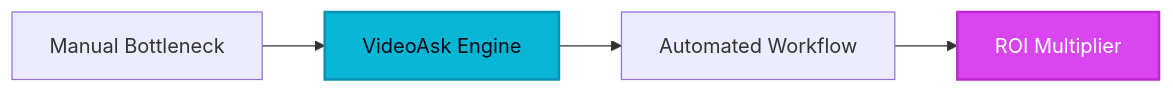
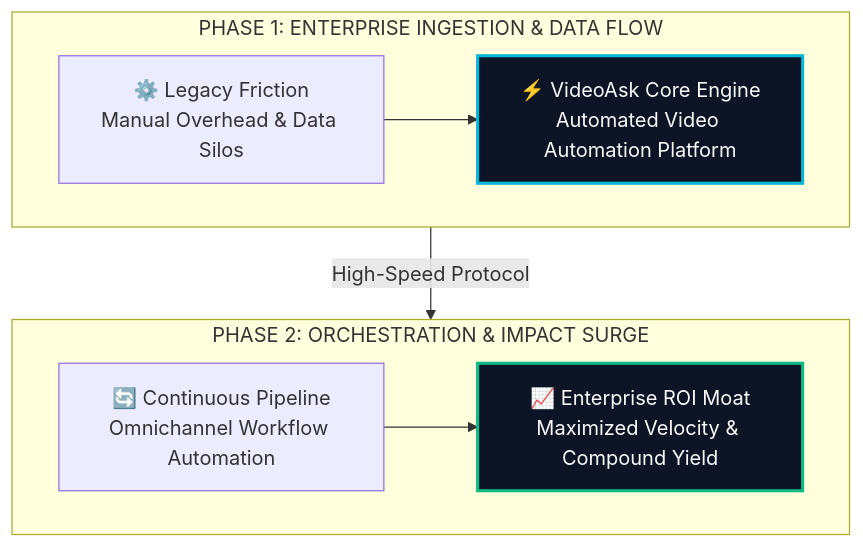
One commit to heliatech-media/saas-radar changed the diagram in site/src/content/blog/videoask-evolution-guide-2026.md. Above: the diagram before and after it, drawn with Mermaid. The commit also changed 97 other files, not shown here.

First line of the commit message:
feat(diagrams): upgrade all article architecture schemas to high-impact 2-tier responsive vector blueprints

````diff
--- a/site/src/content/blog/videoask-evolution-guide-2026.md
+++ b/site/src/content/blog/videoask-evolution-guide-2026.md
@@ -49,8 +49,14 @@
 ```mermaid
-flowchart LR
-    A[Manual Bottleneck] --> B[VideoAsk Engine]
-    B --> C[Automated Workflow]
-    C --> D[ROI Multiplier]
-    style B fill:#06b6d4,stroke:#0891b2,stroke-width:2px,color:#030712
-    style D fill:#d946ef,stroke:#c026d3,stroke-width:2px,color:#ffffff
+flowchart TD
+    subgraph S1["PHASE 1: ENTERPRISE INGESTION & DATA FLOW"]
+        direction LR
+        A["⚙️ Legacy Friction<br/>Manual Overhead & Data Silos"] --> B["⚡ VideoAsk Core Engine<br/>Automated Video Automation Platform"]
+    end
+    subgraph S2["PHASE 2: ORCHESTRATION & IMPACT SURGE"]
+        direction LR
+        C["🔄 Continuous Pipeline<br/>Omnichannel Workflow Automation"] --> D["📈 Enterprise ROI Moat<br/>Maximized Velocity & Compound Yield"]
+    end
+    S1 -->|High-Speed Protocol| S2
+    style B fill:#0c1425,stroke:#06b6d4,stroke-width:2.5px,color:#f8fafc
+    style D fill:#0c1425,stroke:#10b981,stroke-width:2.5px,color:#f8fafc
 ```
````
